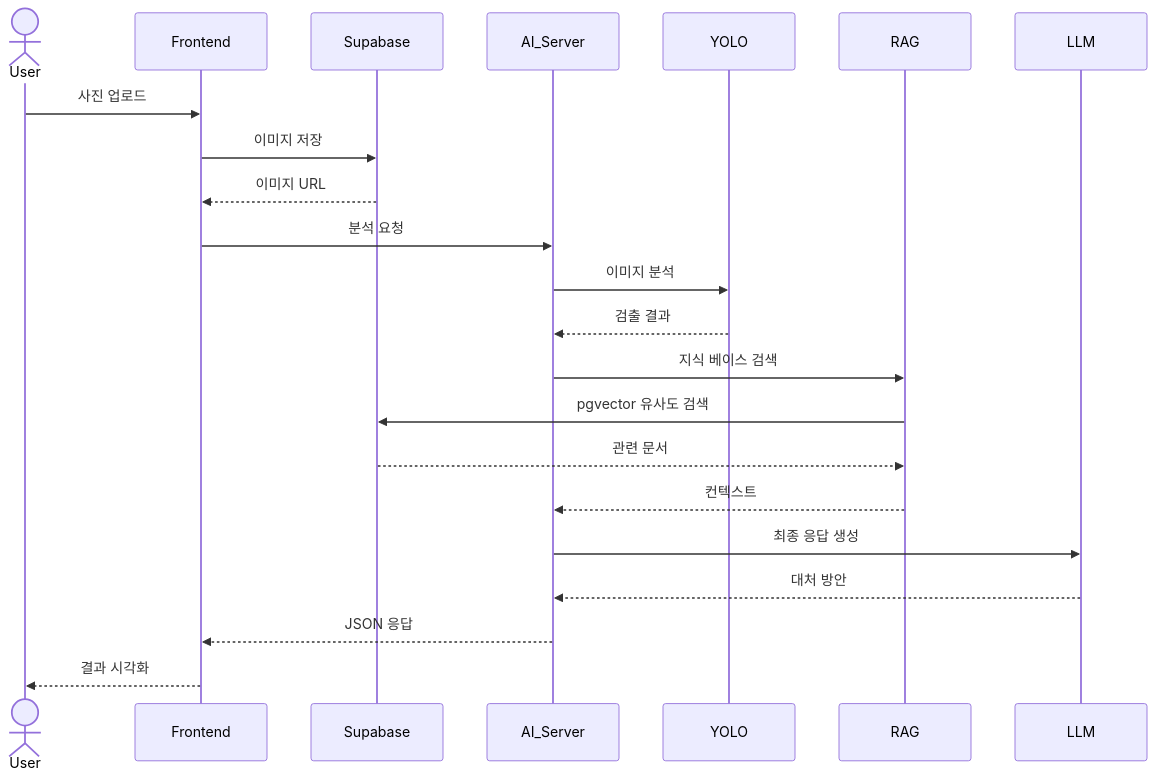
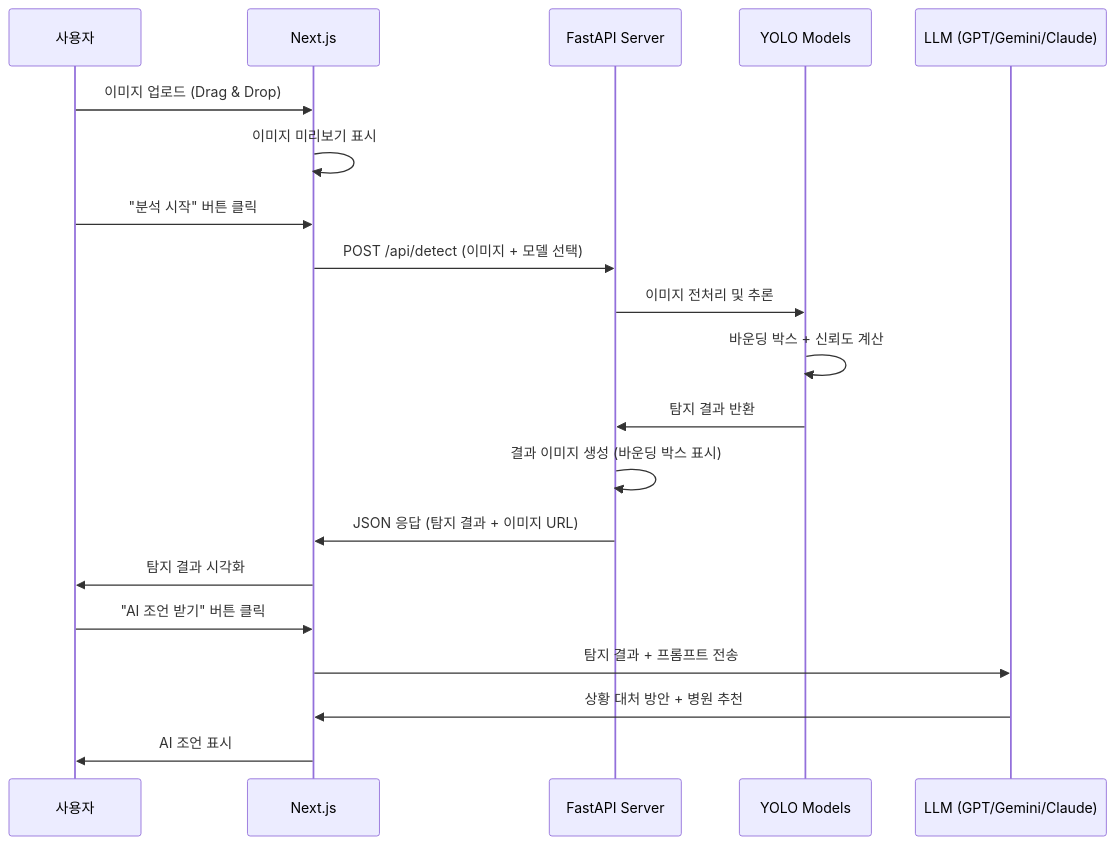
Before and after one commit to LYSS-LGU/wh07-3rd-Fetpal: the fifth of 18 diagrams in README.md, drawn with Mermaid. The commit also changed other lines of this file, not shown here.

Commit message:
docs: Add system flow as README

````diff
--- a/README.md
+++ b/README.md
@@ -250,25 +114,24 @@
 ```mermaid
 sequenceDiagram
-    actor User
-    participant Frontend
-    participant Supabase
-    participant AI_Server
-    participant YOLO
-    participant RAG
-    participant LLM
+    participant User as 사용자
+    participant Frontend as Next.js
+    participant FastAPI as FastAPI Server
+    participant YOLO as YOLO Models
+    participant LLM as LLM (GPT/Gemini/Claude)
 
-    User->>Frontend: 사진 업로드
-    Frontend->>Supabase: 이미지 저장
-    Supabase-->>Frontend: 이미지 URL
-    Frontend->>AI_Server: 분석 요청
-    AI_Server->>YOLO: 이미지 분석
-    YOLO-->>AI_Server: 검출 결과
-    AI_Server->>RAG: 지식 베이스 검색
-    RAG->>Supabase: pgvector 유사도 검색
-    Supabase-->>RAG: 관련 문서
-    RAG-->>AI_Server: 컨텍스트
-    AI_Server->>LLM: 최종 응답 생성
-    LLM-->>AI_Server: 대처 방안
-    AI_Server-->>Frontend: JSON 응답
-    Frontend-->>User: 결과 시각화
+    User->>Frontend: 이미지 업로드 (Drag & Drop)
+    Frontend->>Frontend: 이미지 미리보기 표시
+    User->>Frontend: "분석 시작" 버튼 클릭
+    Frontend->>FastAPI: POST /api/detect (이미지 + 모델 선택)
+    FastAPI->>YOLO: 이미지 전처리 및 추론
+    YOLO->>YOLO: 바운딩 박스 + 신뢰도 계산
+    YOLO->>FastAPI: 탐지 결과 반환
+    FastAPI->>FastAPI: 결과 이미지 생성 (바운딩 박스 표시)
+    FastAPI->>Frontend: JSON 응답 (탐지 결과 + 이미지 URL)
+    Frontend->>User: 탐지 결과 시각화
+
+    User->>Frontend: "AI 조언 받기" 버튼 클릭
+    Frontend->>LLM: 탐지 결과 + 프롬프트 전송
+    LLM->>Frontend: 상황 대처 방안 + 병원 추천
+    Frontend->>User: AI 조언 표시
 ```
````
